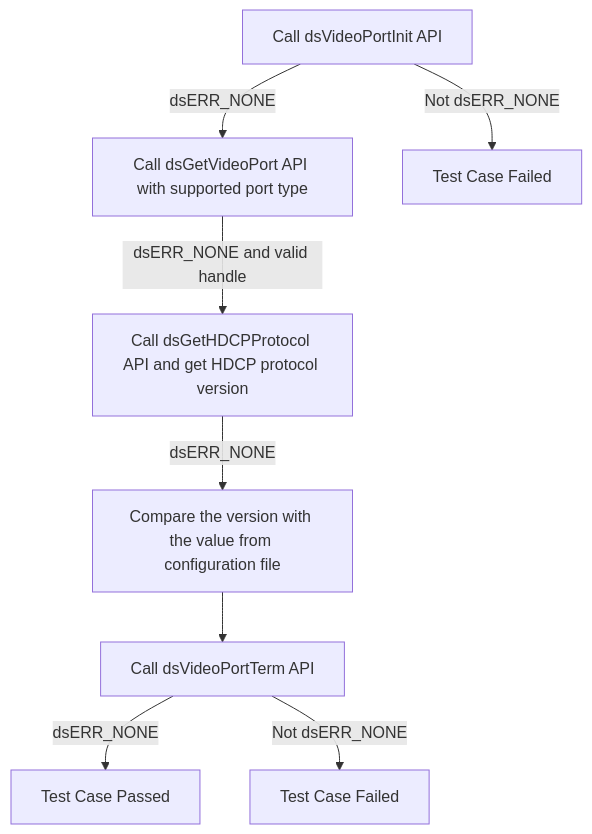
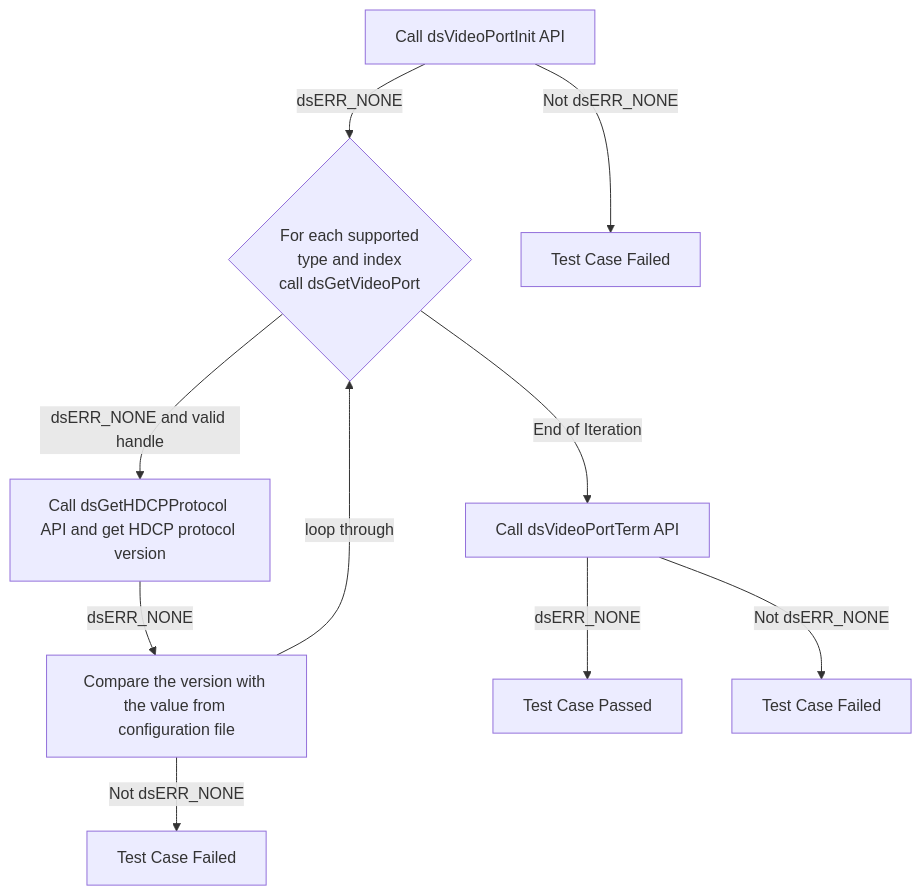
Before and after one commit to rdkcentral/rdk-halif-test-device_settings: the eighth of 15 diagrams in docs/pages/ds-video-port_L2_Low-Level_TestSpecification.md, drawn with Mermaid. The commit also changed other lines of this file and 13 other files, not shown here.

Commit message:
gh #14 Update test case and configuration

````diff
--- a/docs/pages/ds-video-port_L2_Low-Level_TestSpecification.md
+++ b/docs/pages/ds-video-port_L2_Low-Level_TestSpecification.md
@@ -370,11 +371,13 @@
 ```mermaid
 graph TB
     Step1[Call dsVideoPortInit API]
-    Step1 -- dsERR_NONE --> Step2[Call dsGetVideoPort API with supported port type]
+    Step1 -- dsERR_NONE --> Step2{For each supported<br> type and index <br> call dsGetVideoPort}
     Step1 -- Not dsERR_NONE --> Fail1[Test Case Failed]
     Step2 -- dsERR_NONE and valid handle --> Step3[Call dsGetHDCPProtocol API and get HDCP protocol version]
     Step3 -- dsERR_NONE --> Step5[Compare the version with the value from configuration file ]
-    Step5 --> Step6[Call dsVideoPortTerm API]
+    Step5 -->|loop through | Step2
+    Step5 -- Not dsERR_NONE --> Fail3[Test Case Failed]
+    Step2 -->|End of Iteration| Step6[Call dsVideoPortTerm API]
     Step6 -- dsERR_NONE --> End[Test Case Passed]
     Step6 -- Not dsERR_NONE --> Fail6[Test Case Failed]
 ```
````
